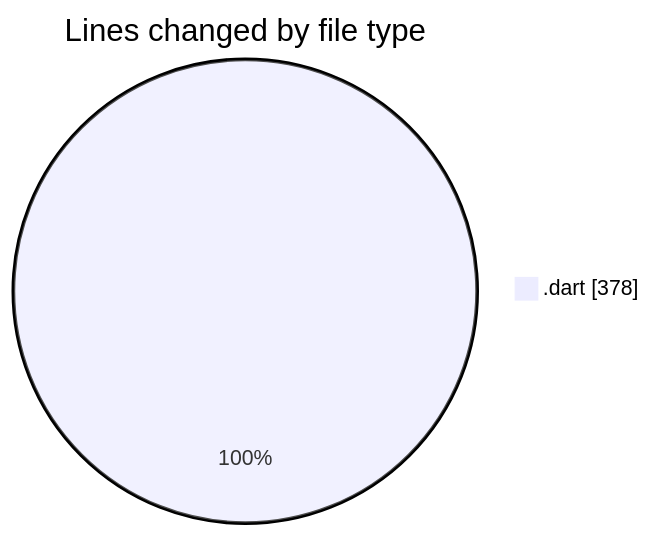
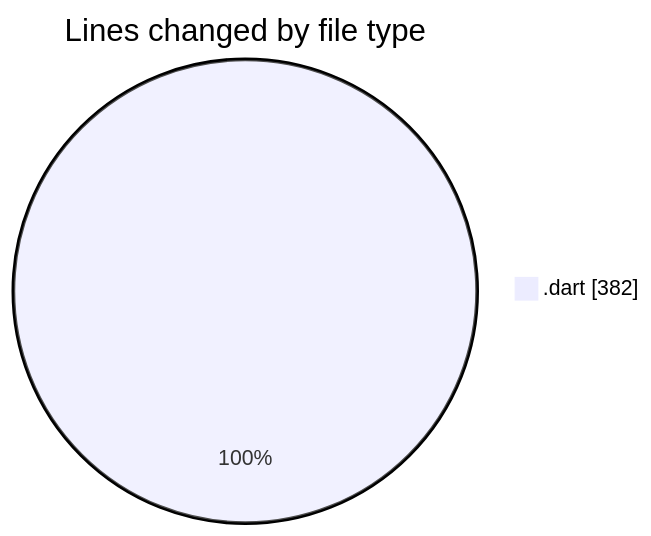
The first of 2 diagrams in 2025-03-28/wordle/README.md (donsfak/code-tracking), drawn with Mermaid before and after one commit. The commit also changed other lines of this file and 1 other file, not shown here.

````diff
--- a/2025-03-28/wordle/README.md
+++ b/2025-03-28/wordle/README.md
@@ -20,5 +20,5 @@
 ```mermaid
 pie showData
 title Lines changed by file type
-".dart" : 378
+".dart" : 382
 ```
````
